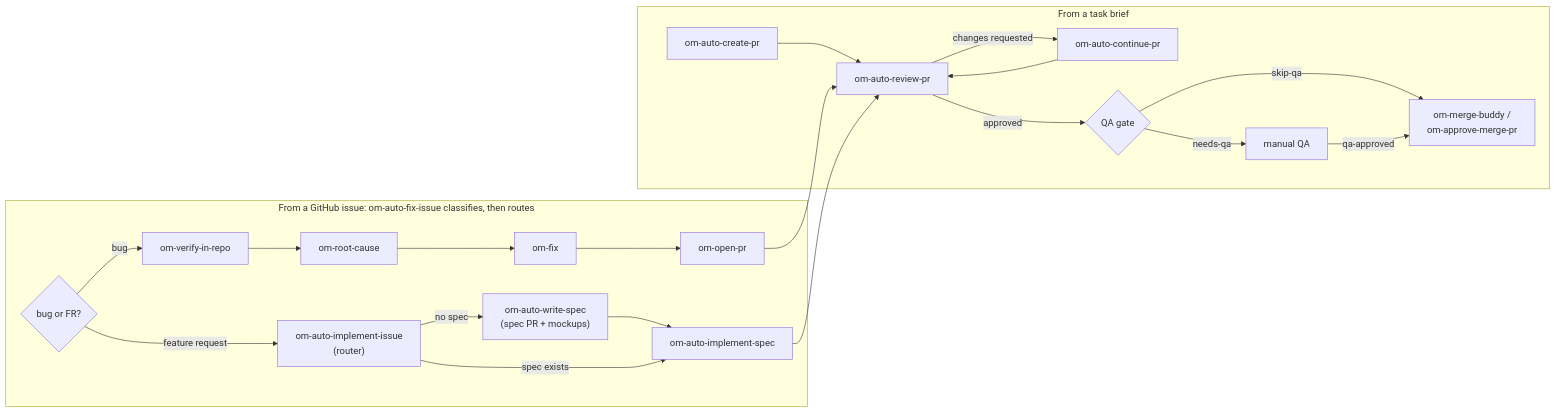
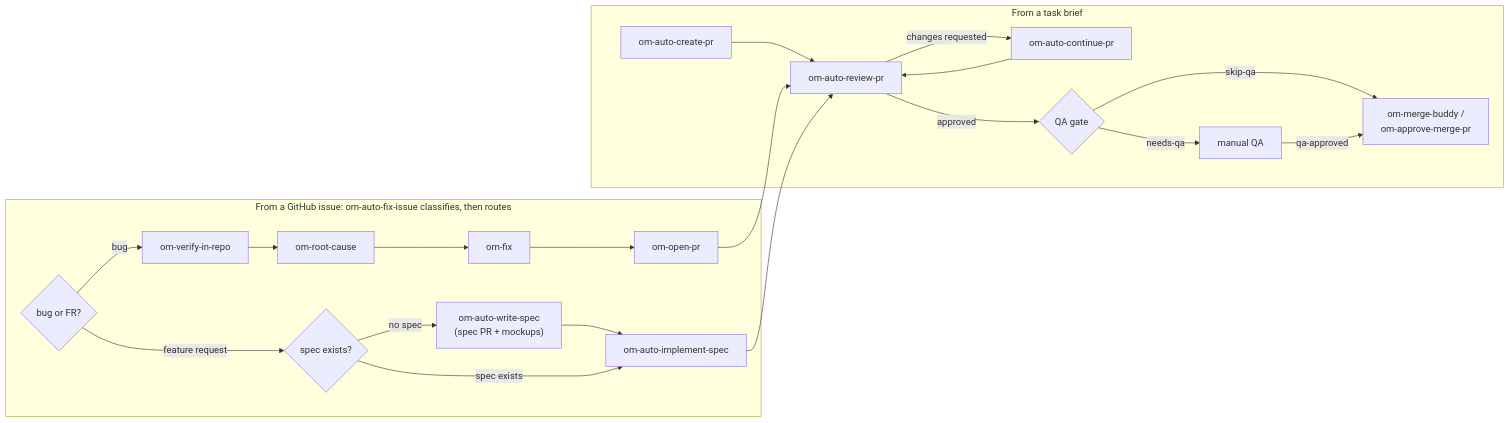
The diagram in README.md (open-mercato/skills), drawn with Mermaid before and after one commit. The commit also changed other lines of this file and 10 other files, not shown here.

````diff
--- a/README.md
+++ b/README.md
@@ -81,25 +81,25 @@
 ```mermaid
 flowchart LR
     subgraph brief ["From a task brief"]
         createPR["om-auto-create-pr"] --> reviewPR["om-auto-review-pr"]
         reviewPR -- "changes requested" --> continuePR["om-auto-continue-pr"]
         continuePR --> reviewPR
         reviewPR -- "approved" --> qaGate{"QA gate"}
         qaGate -- "skip-qa" --> mergePR["om-merge-buddy /<br/>om-approve-merge-pr"]
         qaGate -- "needs-qa" --> manualQA["manual QA"]
         manualQA -- "qa-approved" --> mergePR
     end
     subgraph issue ["From a GitHub issue: om-auto-fix-issue classifies, then routes"]
         classify{"bug or FR?"}
         classify -- "bug" --> verifyStep["om-verify-in-repo"]
         verifyStep --> rootCause["om-root-cause"]
         rootCause --> applyFix["om-fix"]
         applyFix --> openPR["om-open-pr"]
-        classify -- "feature request" --> implementFR["om-auto-implement-issue<br/>(router)"]
-        implementFR -- "no spec" --> writeSpec["om-auto-write-spec<br/>(spec PR + mockups)"]
+        classify -- "feature request" --> specExists{"spec exists?"}
+        specExists -- "no spec" --> writeSpec["om-auto-write-spec<br/>(spec PR + mockups)"]
         writeSpec --> implementSpec["om-auto-implement-spec"]
-        implementFR -- "spec exists" --> implementSpec
+        specExists -- "spec exists" --> implementSpec
     end
     openPR --> reviewPR
     implementSpec --> reviewPR
 ```
````
